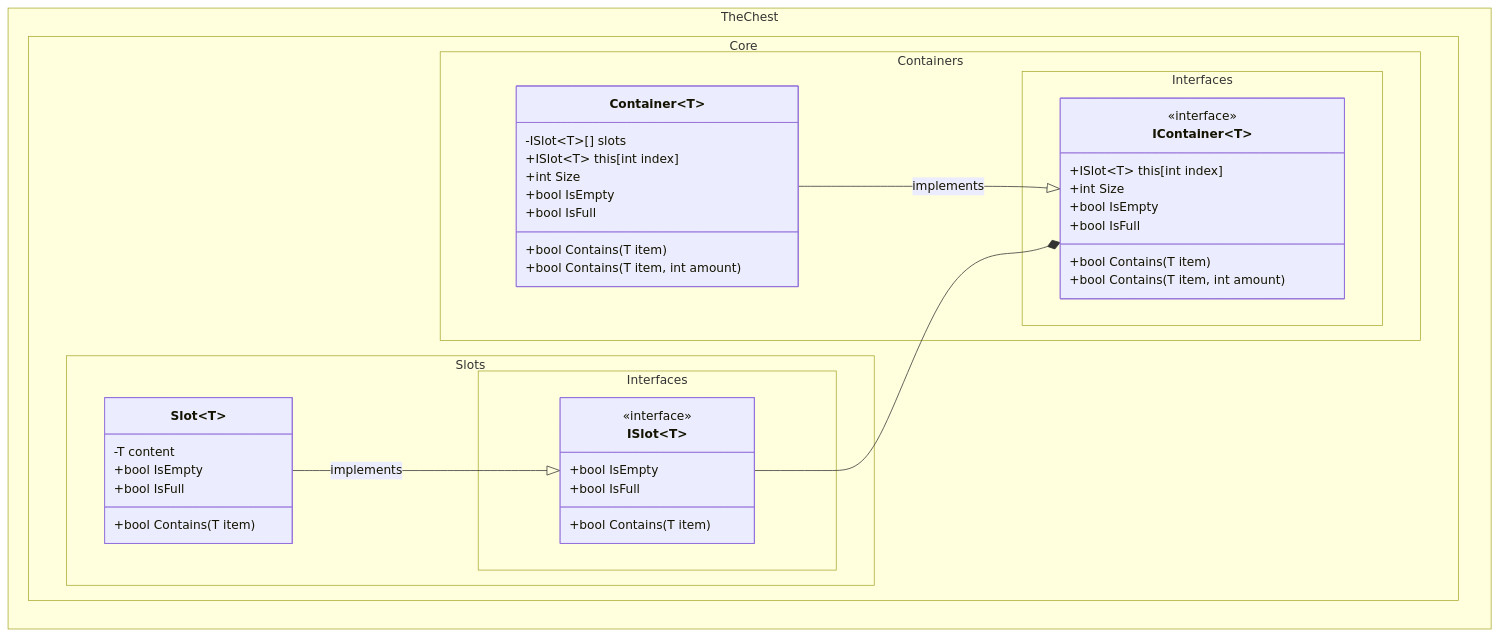
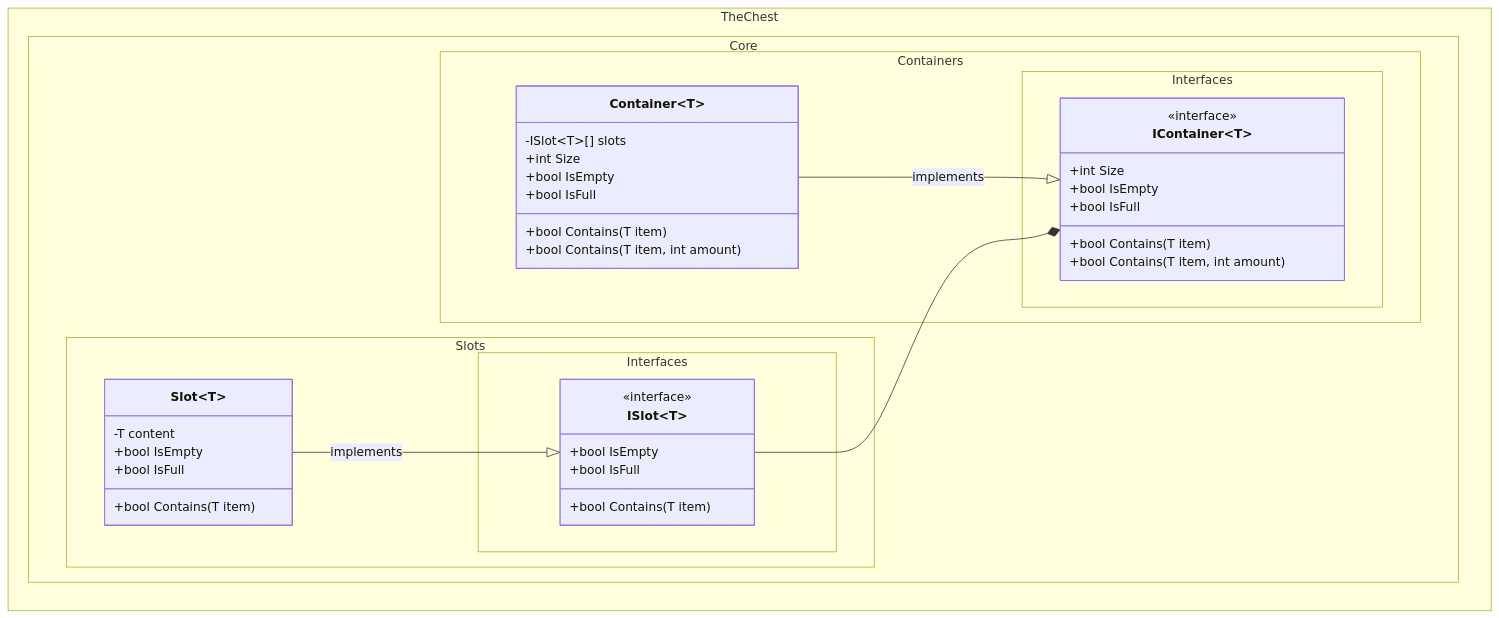
One commit to The-Chest/TheChest.Core changed the first of 3 diagrams in docs/class_diagram.md. Above: the diagram before and after it, drawn with Mermaid. The commit also changed other lines of this file, not shown here.

````diff
--- a/docs/class_diagram.md
+++ b/docs/class_diagram.md
@@ -9,54 +9,52 @@
 ```mermaid
 ---
 config:
   theme: mc
   look: classic
   class:
     hideEmptyMembersBox: true
 ---
 classDiagram
 direction BT
 	namespace TheChest.Core.Containers.Interfaces {
         class IContainer~T~ {
-	        +ISlot~T~ this[int index]
 	        +int Size
 	        +bool IsEmpty
 	        +bool IsFull
 	        +bool Contains(T item)
 			+bool Contains(T item, int amount)
         }
 	}
 	namespace TheChest.Core.Slots.Interfaces {
         class ISlot~T~ {
 	        +bool IsEmpty
 	        +bool IsFull
 	        +bool Contains(T item)
         }
 	}
 	namespace TheChest.Core.Containers {
         class Container~T~ {
 			-ISlot~T~[] slots
-			+ISlot~T~ this[int index]
 	        +int Size
 	        +bool IsEmpty
 	        +bool IsFull
 	        +bool Contains(T item)
 			+bool Contains(T item, int amount)
         }
 	}
 	namespace TheChest.Core.Slots {
         class Slot~T~ {
 			-T content
 			+bool IsEmpty
 			+bool IsFull
 			+bool Contains(T item)
         }
 	}
 
 	<<interface>> IContainer
 	<<interface>> ISlot
 
     Container --|> IContainer : implements
     ISlot --* IContainer
     Slot --|> ISlot : implements
 ```
````
